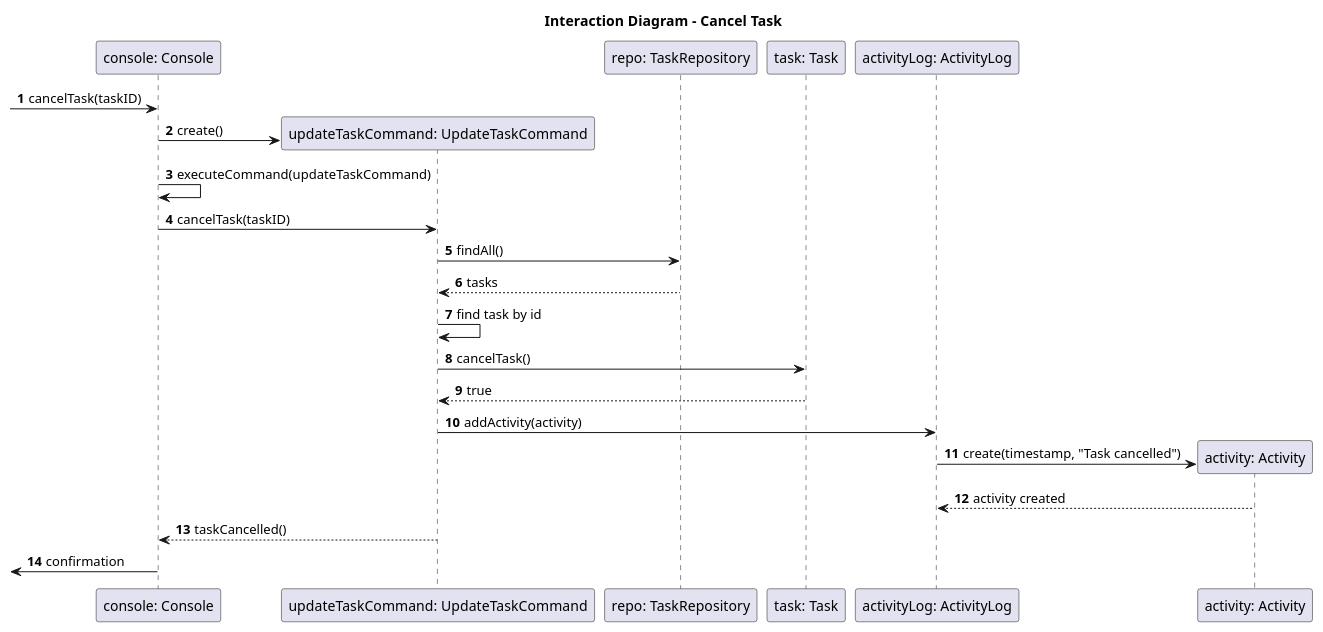
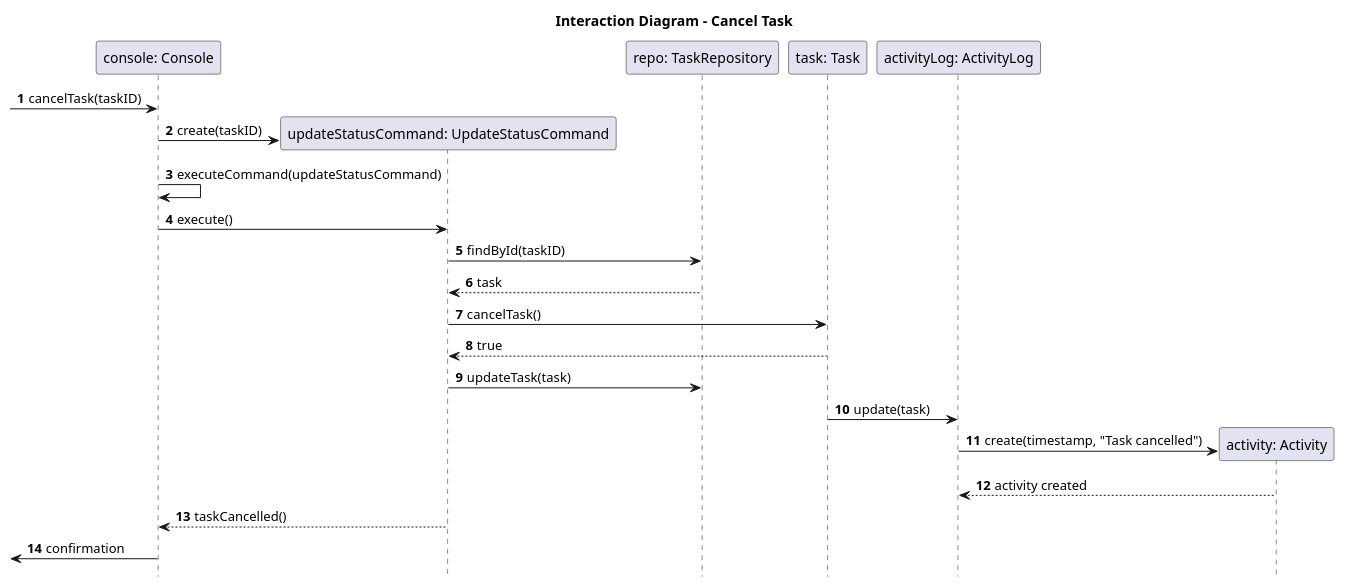
Before and after one commit to t-mandam/SOEN_342_Group_Project: the diagram in Iteration_02/Interaction Diagram/cancel_task_sd.plantuml, drawn with PlantUML.

Commit message:
Updated cancel task SD

```diff
--- a/Iteration_02/Interaction Diagram/cancel_task_sd.plantuml
+++ b/Iteration_02/Interaction Diagram/cancel_task_sd.plantuml
@@ -1,33 +1,35 @@
 @startuml
 title Interaction Diagram - Cancel Task
 autonumber
+hide footbox
 
 participant "console: Console" as console
-participant "updateTaskCommand: UpdateTaskCommand" as updateTaskCommand
+participant "updateStatusCommand: UpdateStatusCommand" as updateStatusCommand
 participant "repo: TaskRepository" as repo
 participant "task: Task" as task
 participant "activityLog: ActivityLog" as activityLog
 participant "activity: Activity" as activity
 
 [-> console : cancelTask(taskID)
 
-create updateTaskCommand
-console -> updateTaskCommand : create()
-console -> console : executeCommand(updateTaskCommand)
-console -> updateTaskCommand : cancelTask(taskID)
+create updateStatusCommand
+console -> updateStatusCommand : create(taskID)
+console -> console : executeCommand(updateStatusCommand)
+console -> updateStatusCommand : execute()
 
-updateTaskCommand -> repo : findAll()
-repo --> updateTaskCommand : tasks
-updateTaskCommand -> updateTaskCommand : find task by id
+updateStatusCommand -> repo : findById(taskID)
+repo --> updateStatusCommand : task
 
-updateTaskCommand -> task : cancelTask()
-task --> updateTaskCommand : true
+updateStatusCommand -> task : cancelTask()
+task --> updateStatusCommand : true
 
-updateTaskCommand -> activityLog : addActivity(activity)
+updateStatusCommand -> repo : updateTask(task)
+
+task -> activityLog : update(task)
 create activity
-activityLog -> activity  : create(timestamp, "Task cancelled")
+activityLog -> activity : create(timestamp, "Task cancelled")
 activity --> activityLog : activity created
 
-updateTaskCommand --> console : taskCancelled()
+updateStatusCommand --> console : taskCancelled()
 [<- console : confirmation
 @enduml
```
